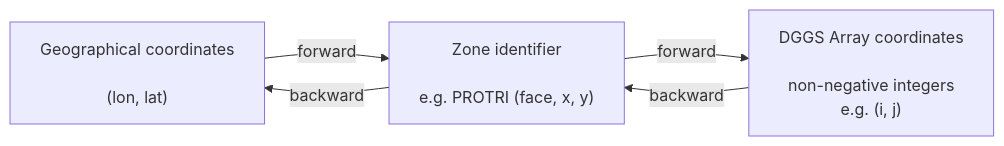
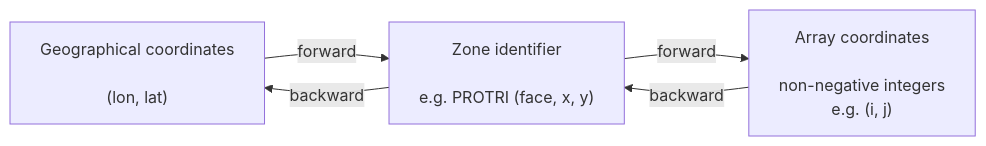
Before and after one commit to danlooo/dggs-data-spec: the first of 2 diagrams in dggs-data-spec.md, drawn with Mermaid. The commit also changed other lines of this file, not shown here.

````diff
--- a/dggs-data-spec.md
+++ b/dggs-data-spec.md
@@ -90,22 +92,22 @@
 ```mermaid
 flowchart LR
     geo["
         Geographical coordinates
 
         (lon, lat)
     "]
     dggs["
         Zone identifier
 
         e.g. PROTRI (face, x, y)
     "]
     array["
-        DGGS Array coordinates
+         Array coordinates
 
         non-negative integers
         e.g. (i, j)
     "]
 
     geo -->|forward| dggs -->|forward| array
     array -->|backward| dggs -->|backward| geo
 ```
````
